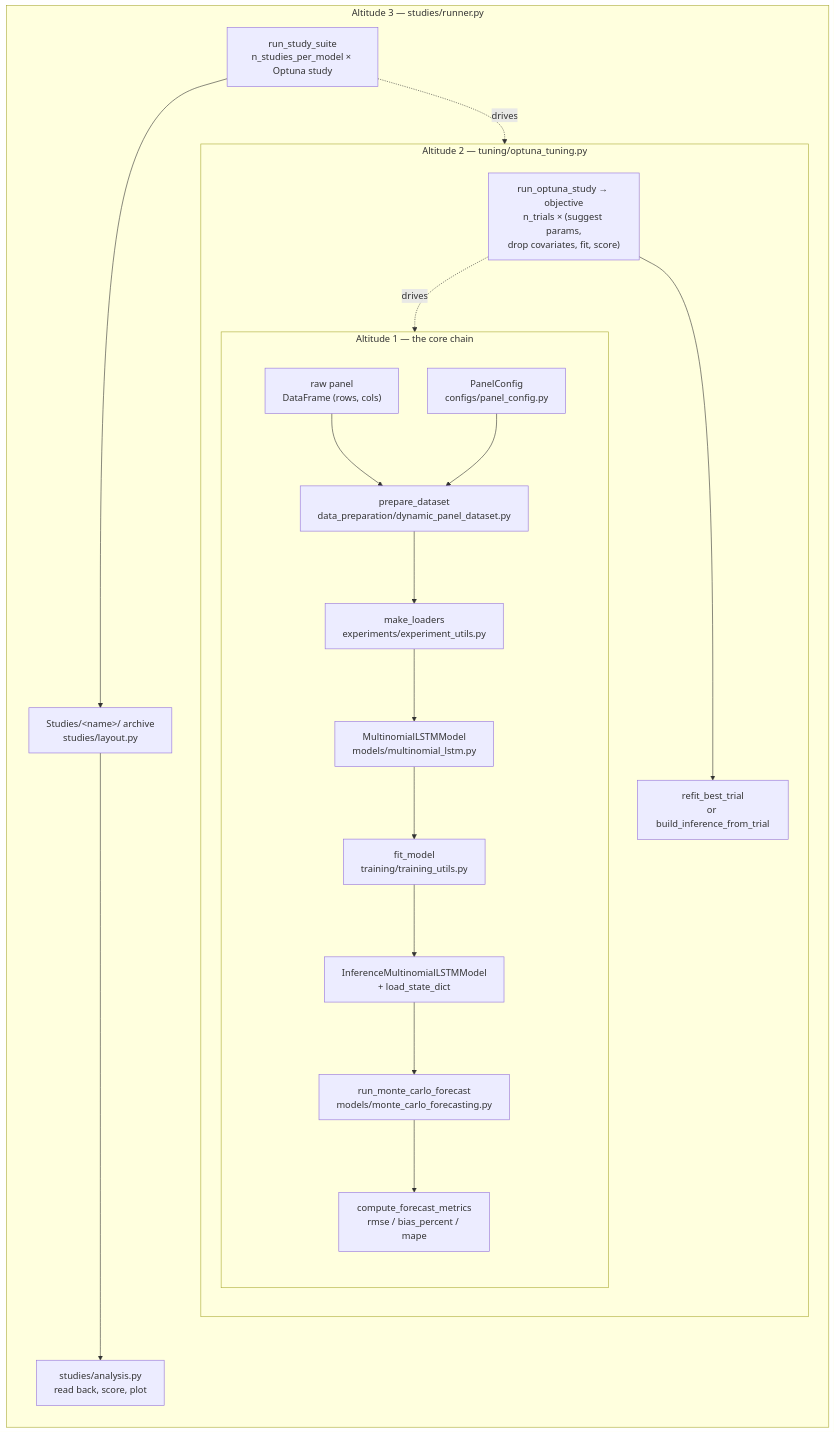
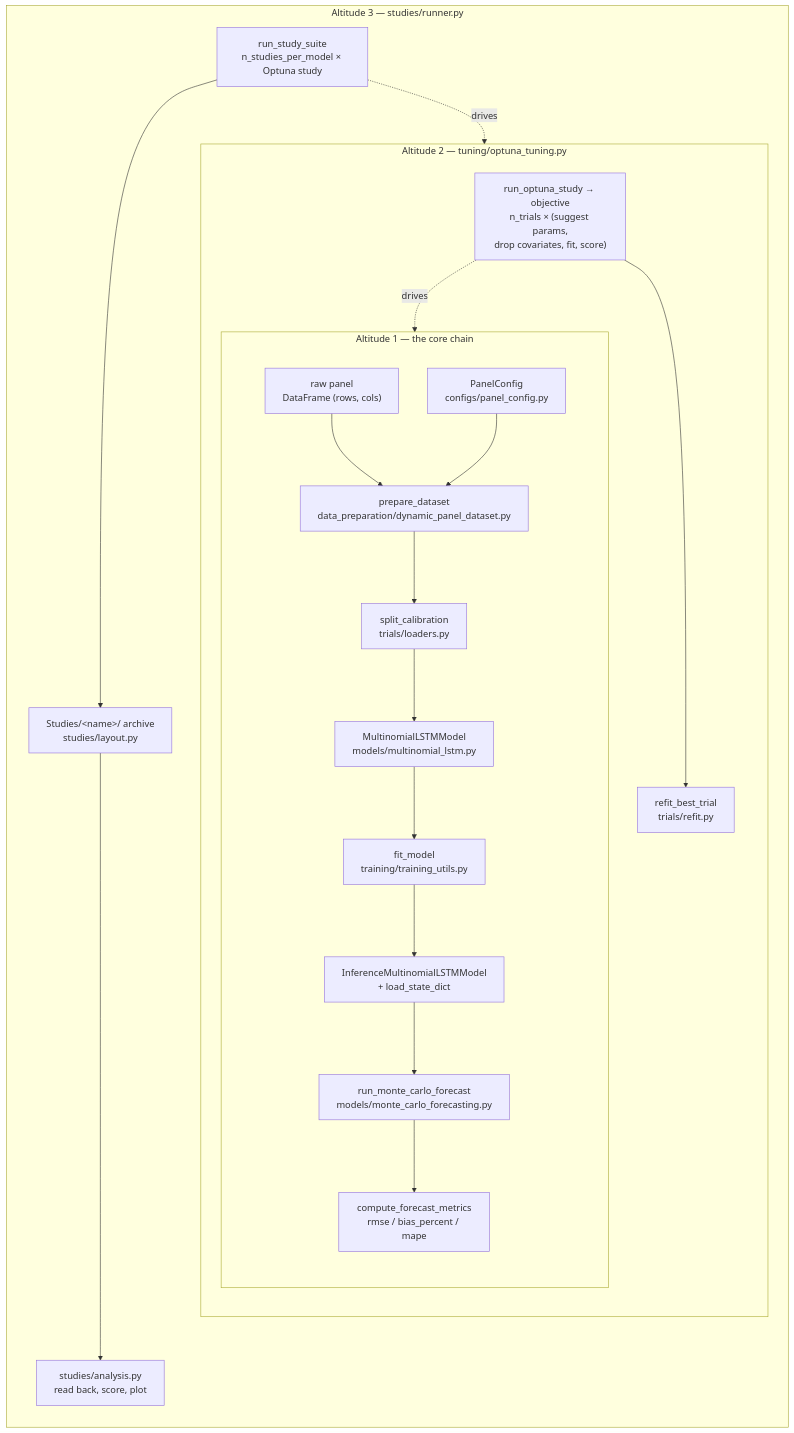
The first of 3 diagrams in docs/running-a-model.md (HuberPablo/panelclv), drawn with Mermaid before and after one commit. The commit also changed other lines of this file and 27 other files, not shown here.

First line of the commit message:
Close ticket 05: refit-only forecasting, and experiments/ becomes trials/

````diff
--- a/docs/running-a-model.md
+++ b/docs/running-a-model.md
@@ -49,33 +49,33 @@
 ```mermaid
 flowchart TD
     subgraph A3["Altitude 3 — studies/runner.py"]
         direction TB
         subgraph A2["Altitude 2 — tuning/optuna_tuning.py"]
             direction TB
             subgraph A1["Altitude 1 — the core chain"]
                 direction TB
                 P["raw panel<br/>DataFrame (rows, cols)"]
                 C["PanelConfig<br/>configs/panel_config.py"]
                 D["prepare_dataset<br/>data_preparation/dynamic_panel_dataset.py"]
-                L["make_loaders<br/>experiments/experiment_utils.py"]
+                L["split_calibration<br/>trials/loaders.py"]
                 M["MultinomialLSTMModel<br/>models/multinomial_lstm.py"]
                 F["fit_model<br/>training/training_utils.py"]
                 I["InferenceMultinomialLSTMModel<br/>+ load_state_dict"]
                 R["run_monte_carlo_forecast<br/>models/monte_carlo_forecasting.py"]
                 S["compute_forecast_metrics<br/>rmse / bias_percent / mape"]
                 P --> D
                 C --> D
                 D --> L --> M --> F --> I --> R --> S
             end
             O["run_optuna_study → objective<br/>n_trials × (suggest params,<br/>drop covariates, fit, score)"]
-            W["refit_best_trial<br/>or build_inference_from_trial"]
+            W["refit_best_trial<br/>trials/refit.py"]
             O -.->|"drives"| A1
             O --> W
         end
         SS["run_study_suite<br/>n_studies_per_model × Optuna study"]
         AR["Studies/&lt;name&gt;/ archive<br/>studies/layout.py"]
         AN["studies/analysis.py<br/>read back, score, plot"]
         SS -.->|"drives"| A2
         SS --> AR --> AN
     end
 ```
````
